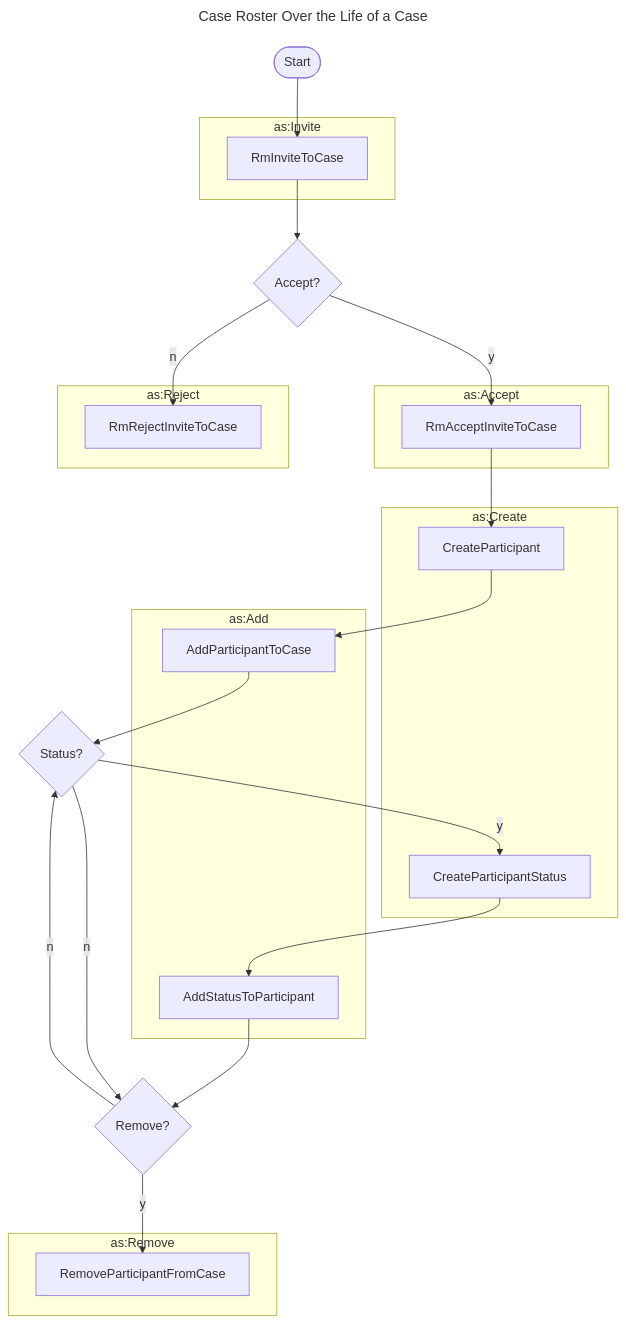
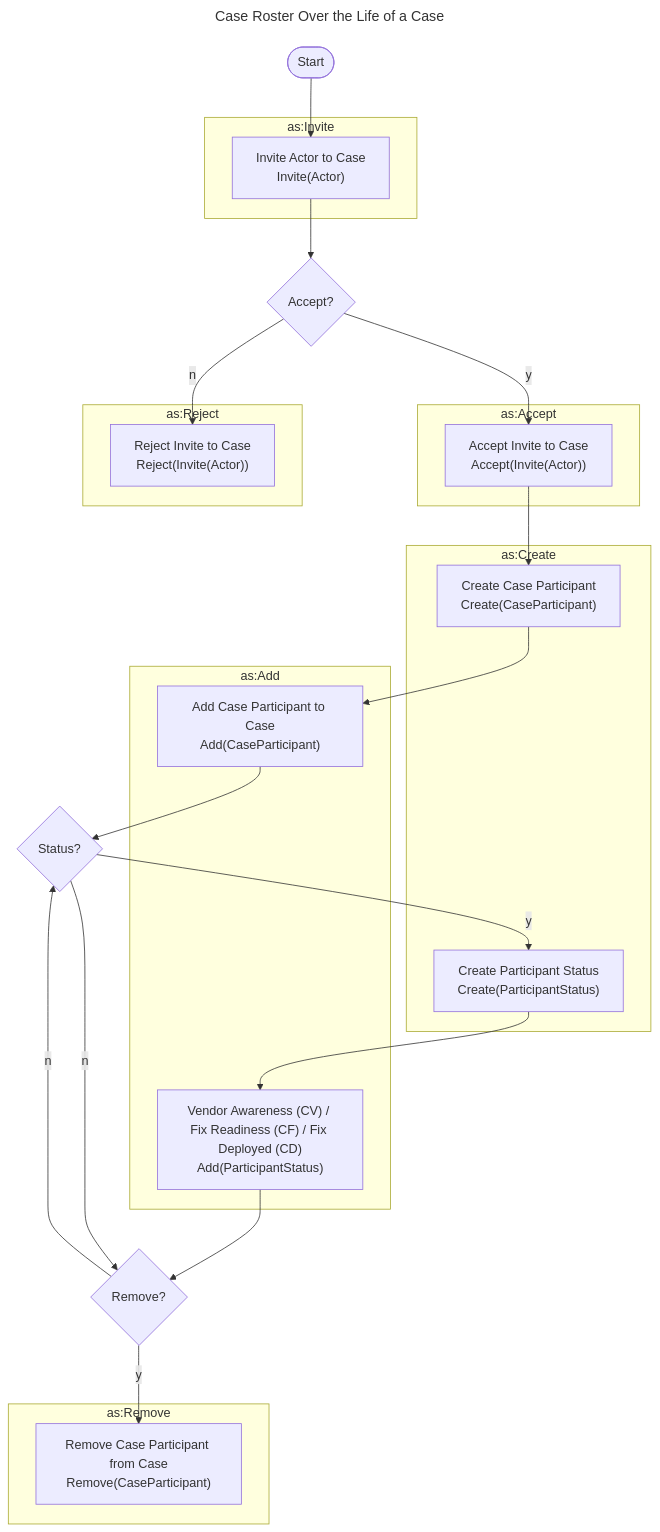
Before and after one commit to CERTCC/Vultron: the diagram in docs/howto/activitypub/activities/manage_participants.md, drawn with Mermaid. The commit also changed other lines of this file and 21 other files, not shown here.

````diff
--- a/docs/howto/activitypub/activities/manage_participants.md
+++ b/docs/howto/activitypub/activities/manage_participants.md
@@ -30,41 +29,41 @@
 ```mermaid
 ---
 title: Case Roster Over the Life of a Case
 ---
 flowchart TB
     subgraph as:Invite
-        RmInviteToCase
+        RmInviteToCase["Invite Actor to Case<br/>Invite(Actor)"]
     end
     subgraph as:Accept
-        RmAcceptInviteToCase
+        RmAcceptInviteToCase["Accept Invite to Case<br/>Accept(Invite(Actor))"]
     end
     subgraph as:Reject
-        RmRejectInviteToCase
+        RmRejectInviteToCase["Reject Invite to Case<br/>Reject(Invite(Actor))"]
     end
     subgraph as:Create
-        CreateParticipant
-        CreateParticipantStatus
+        CreateParticipant["Create Case Participant<br/>Create(CaseParticipant)"]
+        CreateParticipantStatus["Create Participant Status<br/>Create(ParticipantStatus)"]
     end
     subgraph as:Add
-        AddParticipantToCase
-        AddStatusToParticipant
+        AddParticipantToCase["Add Case Participant to Case<br/>Add(CaseParticipant)"]
+        AddStatusToParticipant["Vendor Awareness (CV) / Fix Readiness (CF) / Fix Deployed (CD)<br/>Add(ParticipantStatus)"]
     end
     subgraph as:Remove
-        RemoveParticipantFromCase
+        RemoveParticipantFromCase["Remove Case Participant from Case<br/>Remove(CaseParticipant)"]
     end
     start([Start])
     start --> RmInviteToCase
     RmInviteToCase --> a{Accept?}
     a -->|y| RmAcceptInviteToCase
     a -->|n| RmRejectInviteToCase
     RmAcceptInviteToCase --> CreateParticipant
 
     CreateParticipantStatus --> AddStatusToParticipant
     CreateParticipant --> AddParticipantToCase
     AddParticipantToCase --> s{Status?}
     s -->|y| CreateParticipantStatus
     s -->|n| r{Remove?}
     AddStatusToParticipant --> r
     r -->|y| RemoveParticipantFromCase
     r -->|n| s
 ```
````
